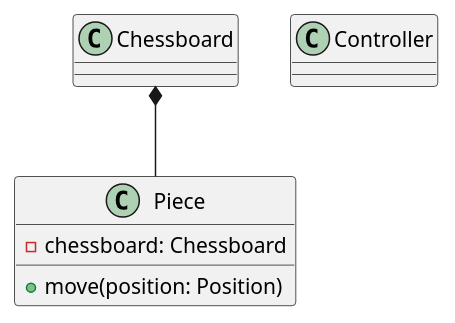
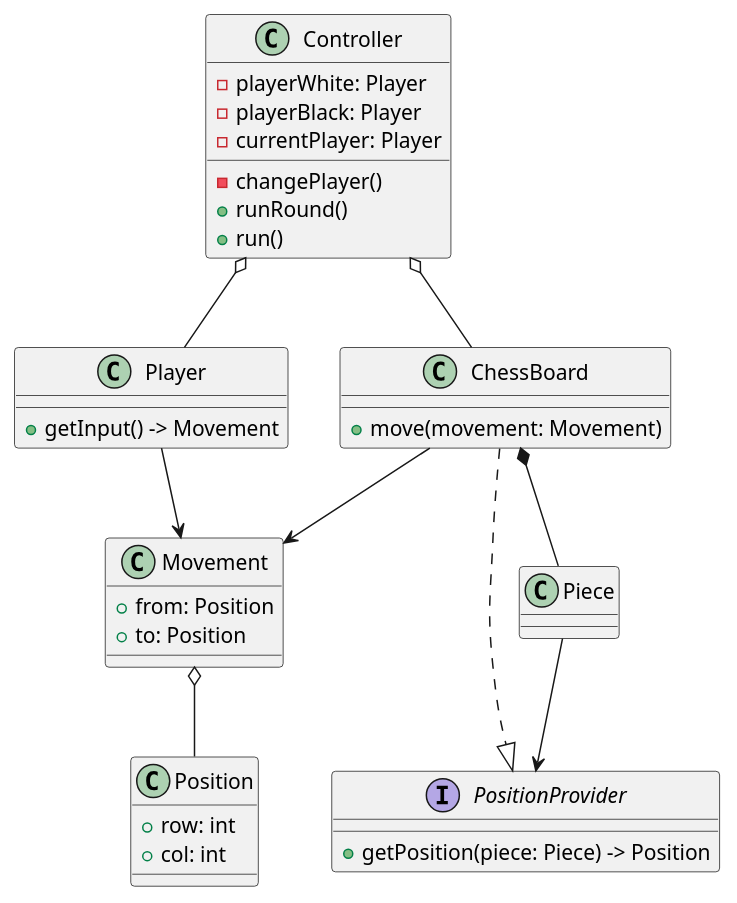
Before and after one commit to santunioni/Chessboard: the diagram in docs/initial-design.puml, drawn with PlantUML. The commit also changed 6 other files, not shown here.

```diff
--- a/docs/initial-design.puml
+++ b/docs/initial-design.puml
@@ -1,17 +1,53 @@
 @startuml
 
-class Chessboard{
+class Position {
+    + row: int
+    + col: int
+}
+class Movement {
+    + from: Position
+    + to: Position
+}
+Movement o-- Position
 
+
+interface PositionProvider {
+    + getPosition(piece: Piece) -> Position
 }
 
-class Piece{
-    - chessboard: Chessboard
-    + move(position: Position)
+
+class ChessBoard{
+    + move(movement: Movement)
 }
 
-Chessboard *-- Piece
+ChessBoard ..|> PositionProvider
+
+class Piece{
+}
+Piece --> PositionProvider
+
+
+ChessBoard *-- Piece
+ChessBoard --> Movement
+
+
+class Player {
+    + getInput() -> Movement
+}
+
+Player --> Movement
+
 
 class Controller {
+    - playerWhite: Player
+    - playerBlack: Player
+    - currentPlayer: Player
+    - changePlayer()
+    + runRound()
+    + run()
+}
 
-}
+
+Controller o-- ChessBoard
+Controller o-- Player
 @enduml
```
